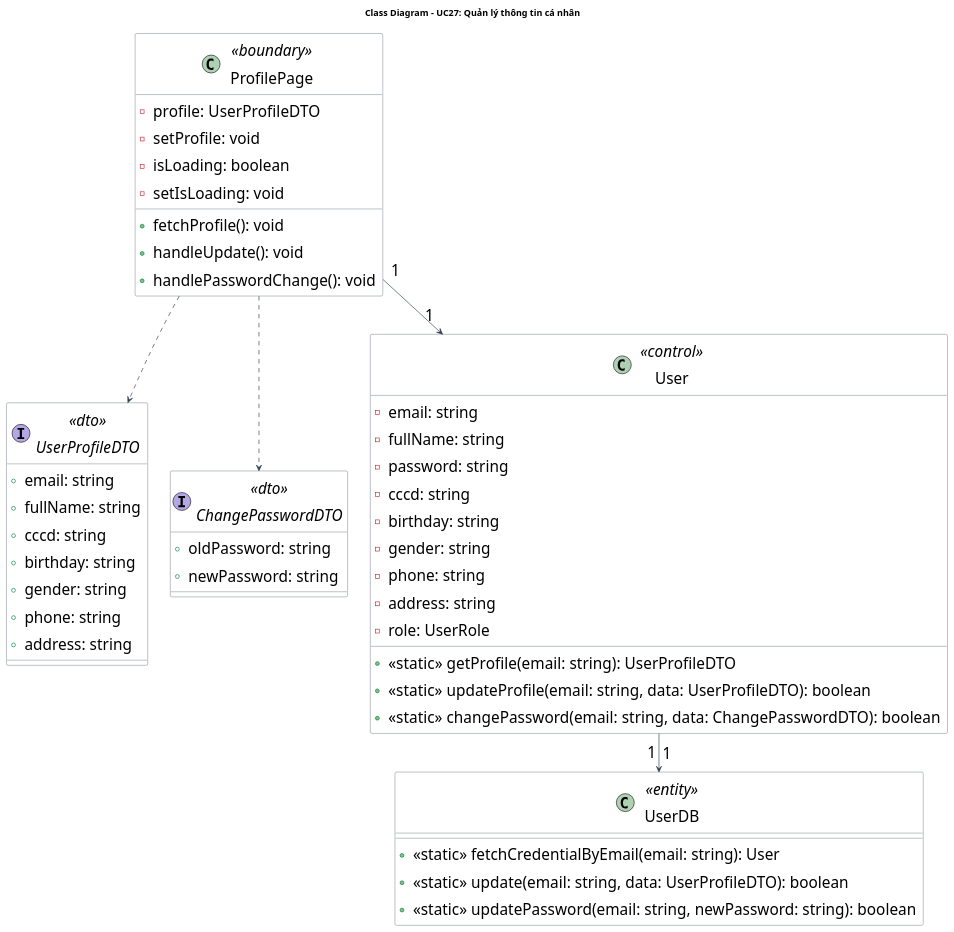
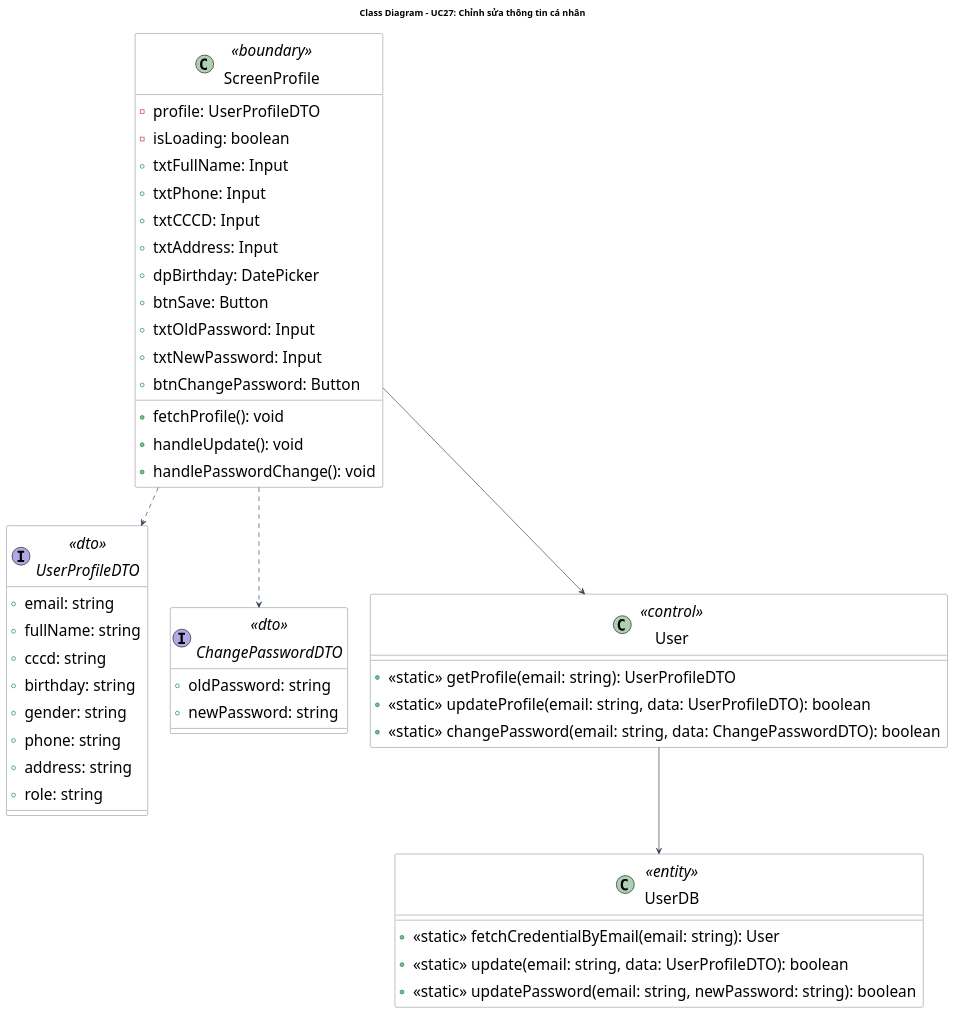
The diagram in doc/system/chinh_sua_thong_tin_ca_nhan/ChinhSuaThongTinCaNhan_ClassDiagram.wsd (Gnourt812005/HCMUS-Analyze-and-desgin-IS), drawn with PlantUML before and after one commit. The commit also changed 12 other files, not shown here.

Commit message:
truong/digram: update diagram

```diff
--- a/doc/system/chinh_sua_thong_tin_ca_nhan/ChinhSuaThongTinCaNhan_ClassDiagram.wsd
+++ b/doc/system/chinh_sua_thong_tin_ca_nhan/ChinhSuaThongTinCaNhan_ClassDiagram.wsd
@@ -1,69 +1,69 @@
 @startuml ChinhSuaThongTinCaNhan_ClassDiagram
+title Class Diagram - UC27: Chỉnh sửa thông tin cá nhân
 
-title Class Diagram - UC27: Quản lý thông tin cá nhân
-
+' --- STYLE CONFIGURATION ---
 skinparam {
     ClassBackgroundColor White
     ClassBorderColor #2D3E50
     ArrowColor #2D3E50
     DefaultFontName "Arial"
     DefaultFontSize 24
     Padding 5
 }
 
 ' --- BOUNDARY LAYER ---
-class "ProfilePage" <<boundary>> {
+class "ScreenProfile" <<boundary>> {
     - profile: UserProfileDTO
-    - setProfile: void
     - isLoading: boolean
-    - setIsLoading: void
+    + txtFullName: Input
+    + txtPhone: Input
+    + txtCCCD: Input
+    + txtAddress: Input
+    + dpBirthday: DatePicker
+    + btnSave: Button
+    + txtOldPassword: Input
+    + txtNewPassword: Input
+    + btnChangePassword: Button
     + fetchProfile(): void
     + handleUpdate(): void
     + handlePasswordChange(): void
 }
 
 ' --- DTO LAYER ---
 interface "UserProfileDTO" <<dto>> {
     + email: string
     + fullName: string
     + cccd: string
     + birthday: string
     + gender: string
     + phone: string
     + address: string
+    + role: string
 }
 
 interface "ChangePasswordDTO" <<dto>> {
     + oldPassword: string
     + newPassword: string
 }
 
 ' --- BUSINESS LAYER ---
 class "User" <<control>> {
-    - email: string
-    - fullName: string
-    - password: string
-    - cccd: string
-    - birthday: string
-    - gender: string
-    - phone: string
-    - address: string
-    - role: UserRole
     + <<static>> getProfile(email: string): UserProfileDTO
     + <<static>> updateProfile(email: string, data: UserProfileDTO): boolean
     + <<static>> changePassword(email: string, data: ChangePasswordDTO): boolean
 }
 
 ' --- DATABASE LAYER ---
 class "UserDB" <<entity>> {
     + <<static>> fetchCredentialByEmail(email: string): User
     + <<static>> update(email: string, data: UserProfileDTO): boolean
     + <<static>> updatePassword(email: string, newPassword: string): boolean
 }
 
-ProfilePage ..> UserProfileDTO
-ProfilePage ..> ChangePasswordDTO
-ProfilePage "1" --> "1" User
-User "1" --> "1" UserDB
+' --- RELATIONSHIPS ---
+ScreenProfile ..> UserProfileDTO
+ScreenProfile ..> ChangePasswordDTO
+ScreenProfile --> User
+User --> UserDB
 
 @enduml
```
